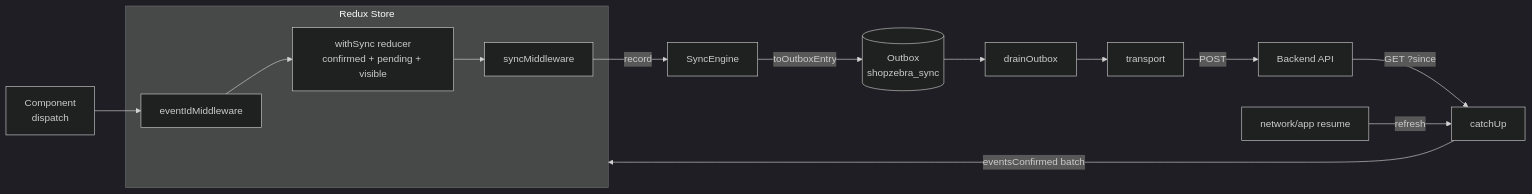
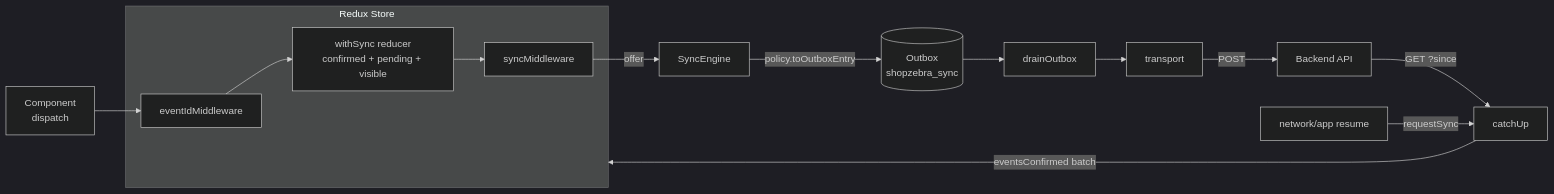
One commit to chrba/shopzebra changed the second of 5 diagrams in apps/mobile/src/app/sync/README.md. Above: the diagram before and after it, drawn with Mermaid (dark theme). The commit also changed other lines of this file and 12 other files, not shown here.

````diff
--- a/apps/mobile/src/app/sync/README.md
+++ b/apps/mobile/src/app/sync/README.md
@@ -75,13 +75,13 @@
 ```mermaid
 flowchart LR
     subgraph store [Redux Store]
         MW1[eventIdMiddleware] --> MW2[withSync reducer<br/>confirmed + pending + visible] --> MW3[syncMiddleware]
     end
     UI[Component<br/>dispatch] --> MW1
-    MW3 -->|record| ENG[SyncEngine]
-    ENG -->|toOutboxEntry| OB[(Outbox<br/>shopzebra_sync)]
+    MW3 -->|offer| ENG[SyncEngine]
+    ENG -->|policy.toOutboxEntry| OB[(Outbox<br/>shopzebra_sync)]
     OB --> DR[drainOutbox] --> TR[transport] -->|POST| API[Backend API]
     API -->|GET ?since| CU[catchUp]
     CU -->|eventsConfirmed batch| store
-    NET[network/app resume] -->|refresh| CU
+    NET[network/app resume] -->|requestSync| CU
 ```
````
